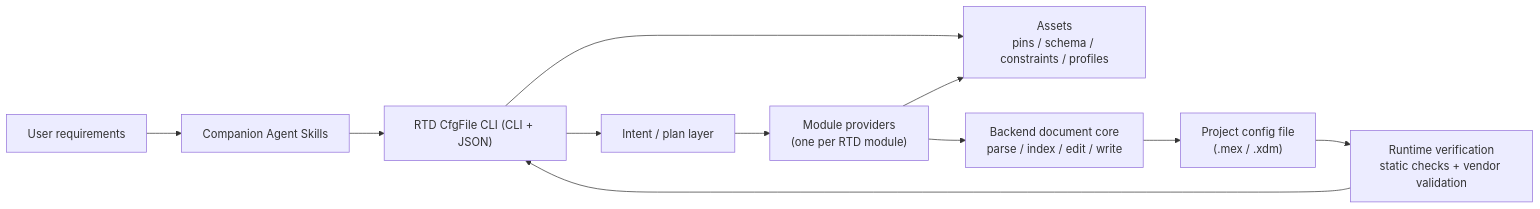
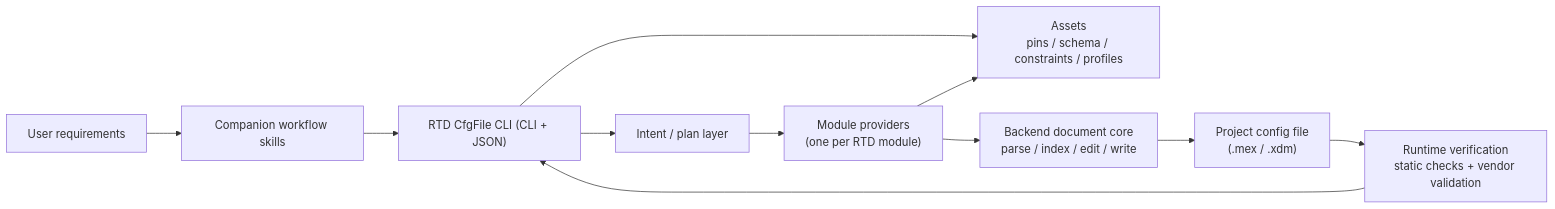
The diagram in docs/specs/rtd-config-core-design.md (autoMBD/autombd-rtd-config), drawn with Mermaid before and after one commit. The commit also changed other lines of this file and 6 other files, not shown here.

Commit message:
Implement normalized Agent workflow contract

````diff
--- a/docs/specs/rtd-config-core-design.md
+++ b/docs/specs/rtd-config-core-design.md
@@ -76,9 +76,9 @@
 ```mermaid
 flowchart LR
-  UserReq["User requirements"] --> Skill["Companion Agent Skills"] --> CLI["RTD CfgFile CLI (CLI + JSON)"]
+  UserReq["User requirements"] --> Skill["Companion workflow skills"] --> CLI["RTD CfgFile CLI (CLI + JSON)"]
   CLI --> Intent["Intent / plan layer"] --> Providers["Module providers<br/>(one per RTD module)"]
   CLI --> Assets["Assets<br/>pins / schema / constraints / profiles"]
   Providers --> Assets
   Providers --> Core["Backend document core<br/>parse / index / edit / write"] --> Project["Project config file<br/>(.mex / .xdm)"]
   Project --> Verify["Runtime verification<br/>static checks + vendor validation"] --> CLI
 ```
````
